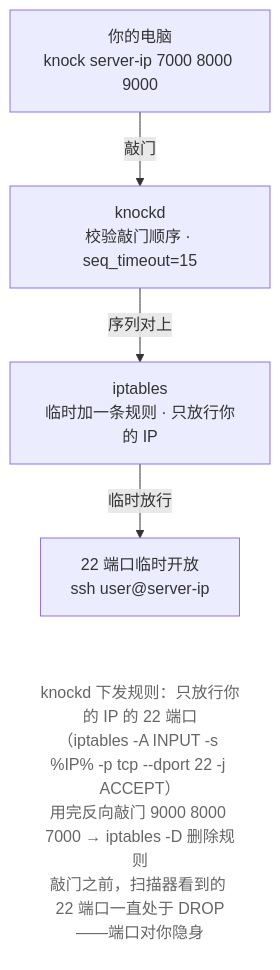
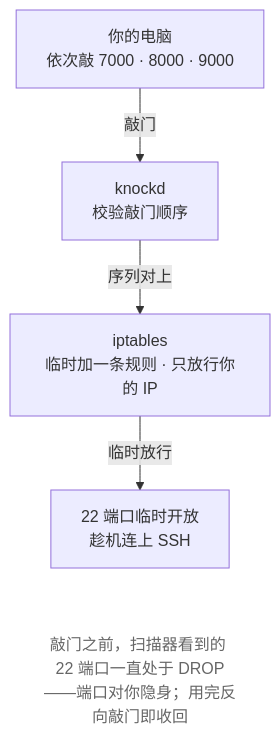
One commit to wangxiangnan/wangxiangnan.github.io changed the third of 3 diagrams in src/linux-command/ch16.md. Above: the diagram before and after it, drawn with Mermaid. The commit also changed other lines of this file and 25 other files, not shown here.

````diff
--- a/src/linux-command/ch16.md
+++ b/src/linux-command/ch16.md
@@ -650,12 +650,12 @@
 ```mermaid
 flowchart TB
-    A["你的电脑<br>knock server-ip 7000 8000 9000"] -->|敲门| B["knockd<br>校验敲门顺序 · seq_timeout=15"]
+    A["你的电脑<br>依次敲 7000 · 8000 · 9000"] -->|敲门| B["knockd<br>校验敲门顺序"]
     B -->|序列对上| C["iptables<br>临时加一条规则 · 只放行你的 IP"]
-    C -->|临时放行| D["22 端口临时开放<br>ssh user@server-ip"]
-    N["knockd 下发规则：只放行你的 IP 的 22 端口<br>（iptables -A INPUT -s %IP% -p tcp --dport 22 -j ACCEPT）<br>用完反向敲门 9000 8000 7000 → iptables -D 删除规则<br>敲门之前，扫描器看到的 22 端口一直处于 DROP——端口对你隐身"]
+    C -->|临时放行| D["22 端口临时开放<br>趁机连上 SSH"]
+    N["敲门之前，扫描器看到的 22 端口一直处于 DROP——端口对你隐身；用完反向敲门即收回"]
 
     D ~~~ N
 
     classDef note fill:none,stroke:none,color:#666
     class N note
 ```
````
